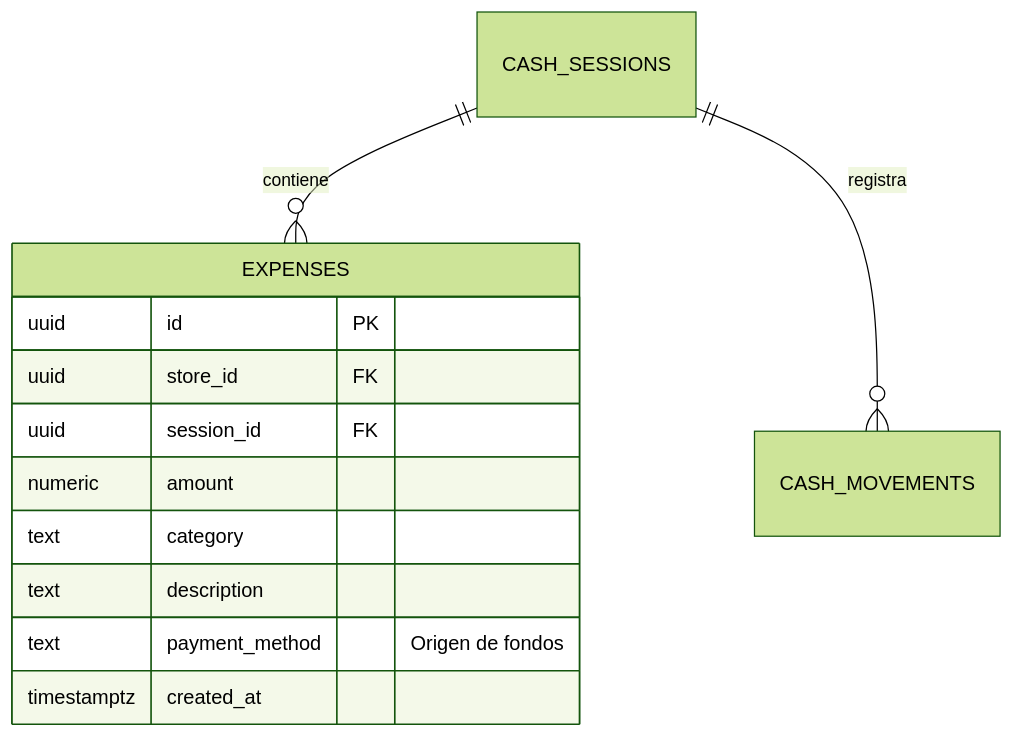
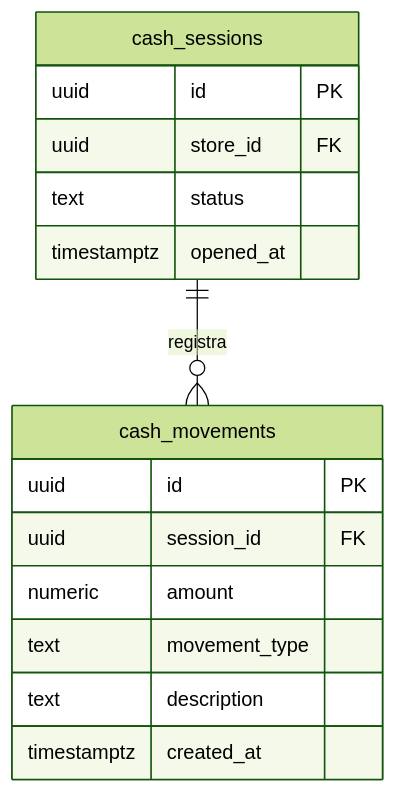
One commit to YamirJCF/tienda-barrio-pro changed the third of 3 diagrams in documentation/01_requirements/SDD/SDD_022_GASTOS_MULTICANAL.md. Above: the diagram before and after it, drawn with Mermaid (forest theme). The commit also changed other lines of this file and 3 other files, not shown here.

````diff
--- a/documentation/01_requirements/SDD/SDD_022_GASTOS_MULTICANAL.md
+++ b/documentation/01_requirements/SDD/SDD_022_GASTOS_MULTICANAL.md
@@ -121,16 +143,20 @@
 ```mermaid
 erDiagram
-    CASH_SESSIONS ||--o{ EXPENSES : contiene
-    CASH_SESSIONS ||--o{ CASH_MOVEMENTS : registra
+    cash_sessions ||--o{ cash_movements : "registra"
 
-    EXPENSES {
+    cash_sessions {
         uuid id PK
         uuid store_id FK
+        text status
+        timestamptz opened_at
+    }
+
+    cash_movements {
+        uuid id PK
         uuid session_id FK
         numeric amount
-        text category
+        text movement_type
         text description
-        text payment_method "Origen de fondos"
         timestamptz created_at
     }
 ```
````
